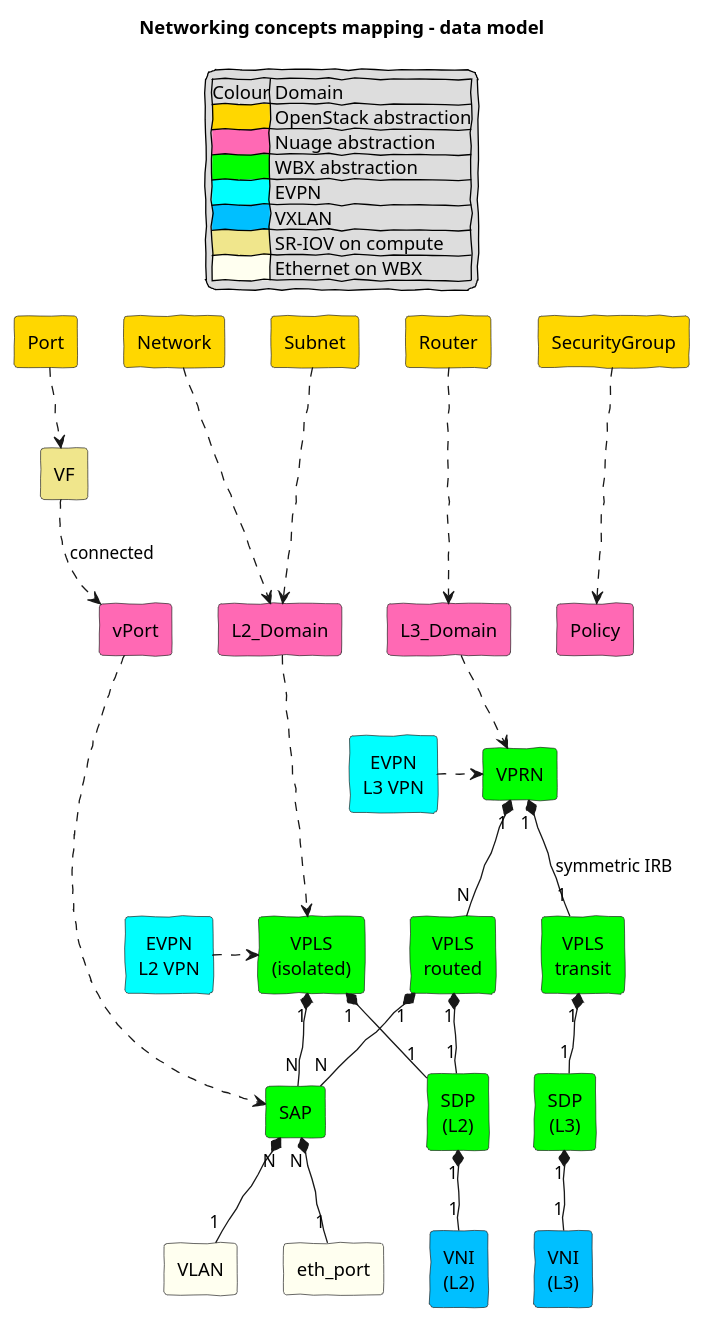
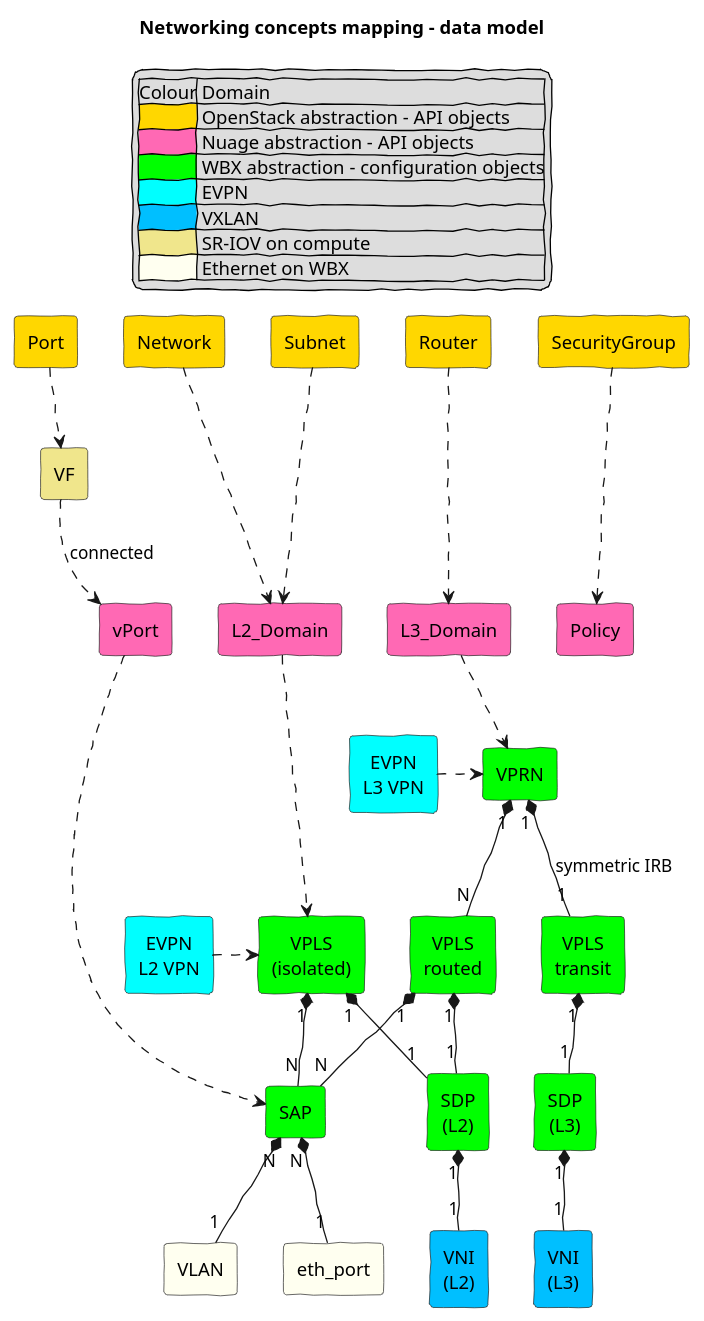
One commit to gpawelski/virtmodel changed the diagram in vxlan_abstractions.plantuml. Above: the diagram before and after it, drawn with PlantUML. The commit also changed 2 other files, not shown here.

```diff
--- a/vxlan_abstractions.plantuml
+++ b/vxlan_abstractions.plantuml
@@ -1,110 +1,110 @@
 @startuml
 allow_mixing
 skinparam handwritten true
 skinparam defaultTextAlignment center
 
 title Networking concepts mapping - data model
 
 legend top
 |Colour| Domain |
-|<#Gold>| OpenStack abstraction|
-|<#HotPink>| Nuage abstraction|
-|<#Lime>| WBX abstraction|
+|<#Gold>| OpenStack abstraction - API objects|
+|<#HotPink>| Nuage abstraction - API objects|
+|<#Lime>| WBX abstraction - configuration objects|
 |<#Cyan>| EVPN|
 |<#DeepSkyBlue>| VXLAN|
 |<#Khaki>| SR-IOV on compute|
 |<#Ivory>| Ethernet on WBX|
 endlegend
 
 rectangle L3_VPN #Cyan [
 EVPN
 L3 VPN]
 
 rectangle L2_VPN #Cyan [
 EVPN
 L2 VPN
 ]
 
 together {
   rectangle VNI_L2 #DeepSkyBlue [
   VNI
   (L2)
   ]
   rectangle VNI_L3 #DeepSkyBlue [
   VNI
   (L3)
   ]
   rectangle VLAN #Ivory
   rectangle eth_port #Ivory
 }
 
 rectangle SAP #Lime
 
 together {
   rectangle SDP_L2 #Lime [
   SDP
   (L2)
   ]
   rectangle SDP_L3 #Lime [
   SDP
   (L3)
   ]
 }
 
 rectangle VPRN #Lime
 together {
   rectangle VPLS #Lime [
   VPLS
   (isolated)
   ]
   rectangle rVPLS #Lime [
   VPLS
   routed
   ]
   rectangle tVPLS #Lime [
   VPLS
   transit
   ]
 }
 
 together {
 rectangle vPort #HotPink
 rectangle L2_Domain #HotPink
 rectangle L3_Domain #HotPink
 rectangle Policy #HotPink
 }
 
 together {
 rectangle Network #Gold
 rectangle Subnet #Gold
 rectangle Router #Gold
 rectangle Port #Gold
 rectangle VF #Khaki
 rectangle SecurityGroup #Gold
 }
 
 
 SAP "N" *-- "1" eth_port
 SAP "N" *-- "1" VLAN
 SDP_L2 "1" *-- "1" VNI_L2
 SDP_L3 "1" *-- "1" VNI_L3
 VPRN "1" *-- "N" rVPLS
 VPRN "1" *-- "1" tVPLS : symmetric IRB
 VPLS "1" *-- "N" SAP
 VPLS "1" *-- "1" SDP_L2
 rVPLS "1" *-- "N" SAP
 rVPLS "1" *-- "1" SDP_L2
 tVPLS "1" *-- "1" SDP_L3
 L2_VPN  -right[dashed]-> VPLS
 L3_VPN -right[dashed]-> VPRN
 vPort -[dashed]-> SAP
 L2_Domain -[dashed]-> VPLS
 L3_Domain -[dashed]-> VPRN
 Network -[dashed]-> L2_Domain
 Subnet -[dashed]-> L2_Domain
 Router -[dashed]-> L3_Domain
 SecurityGroup -[dashed]-> Policy
 Port -[dashed]-> VF
 VF -[dashed]-> vPort : connected
 
 @enduml
```
